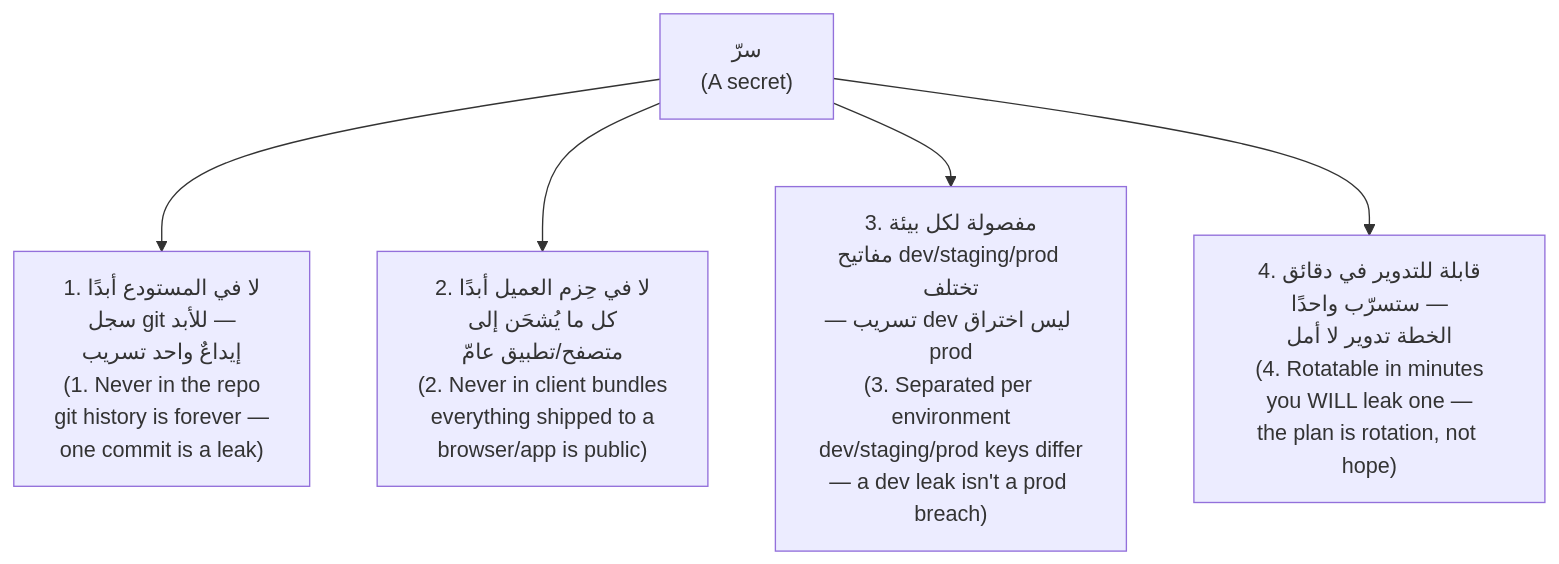
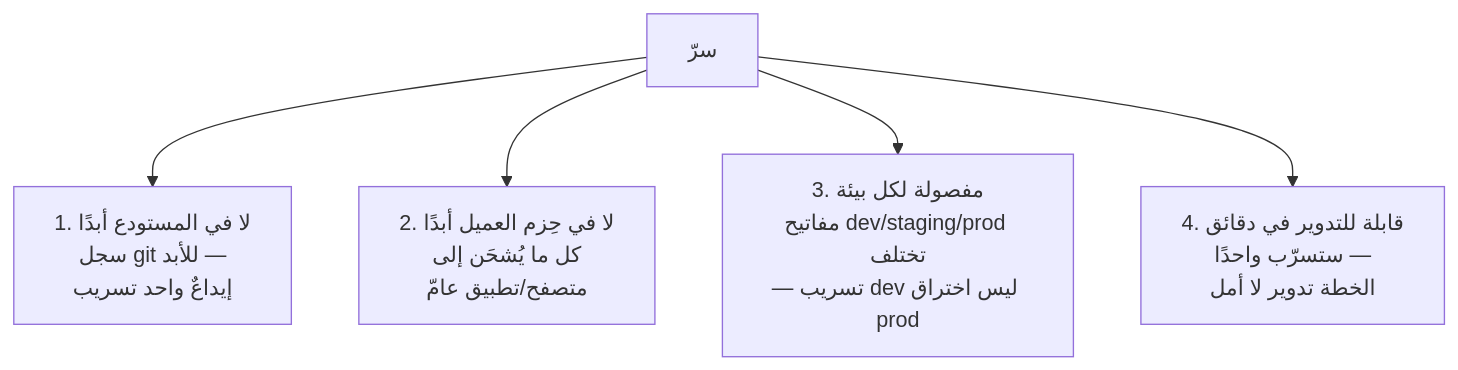
One commit to Tamoura/system-design-for-vibe-coders changed the seventh of 7 diagrams in modules/05-users-abuse/module.ar.md. Above: the diagram before and after it, drawn with Mermaid. The commit also changed other lines of this file and 551 other files, not shown here.

````diff
--- a/modules/05-users-abuse/module.ar.md
+++ b/modules/05-users-abuse/module.ar.md
@@ -961,7 +961,7 @@
 ```mermaid
 flowchart TD
-    S["سرّ<br/>(A secret)"] --> L1["1. لا في المستودع أبدًا<br/>سجل git للأبد —<br/>إيداعٌ واحد تسريب<br/>(1. Never in the repo<br/>git history is forever —<br/>one commit is a leak)"]
-    S --> L2["2. لا في حِزم العميل أبدًا<br/>كل ما يُشحَن إلى<br/>متصفح/تطبيق عامّ<br/>(2. Never in client bundles<br/>everything shipped to a<br/>browser/app is public)"]
-    S --> L3["3. مفصولة لكل بيئة<br/>مفاتيح dev/staging/prod تختلف<br/>— تسريب dev ليس اختراق prod<br/>(3. Separated per environment<br/>dev/staging/prod keys differ<br/>— a dev leak isn't a prod breach)"]
-    S --> L4["4. قابلة للتدوير في دقائق<br/>ستسرّب واحدًا —<br/>الخطة تدوير لا أمل<br/>(4. Rotatable in minutes<br/>you WILL leak one —<br/>the plan is rotation, not hope)"]
+    S["سرّ"] --> L1["1. لا في المستودع أبدًا<br/>سجل git للأبد —<br/>إيداعٌ واحد تسريب"]
+    S --> L2["2. لا في حِزم العميل أبدًا<br/>كل ما يُشحَن إلى<br/>متصفح/تطبيق عامّ"]
+    S --> L3["3. مفصولة لكل بيئة<br/>مفاتيح dev/staging/prod تختلف<br/>— تسريب dev ليس اختراق prod"]
+    S --> L4["4. قابلة للتدوير في دقائق<br/>ستسرّب واحدًا —<br/>الخطة تدوير لا أمل"]
 ```
````
